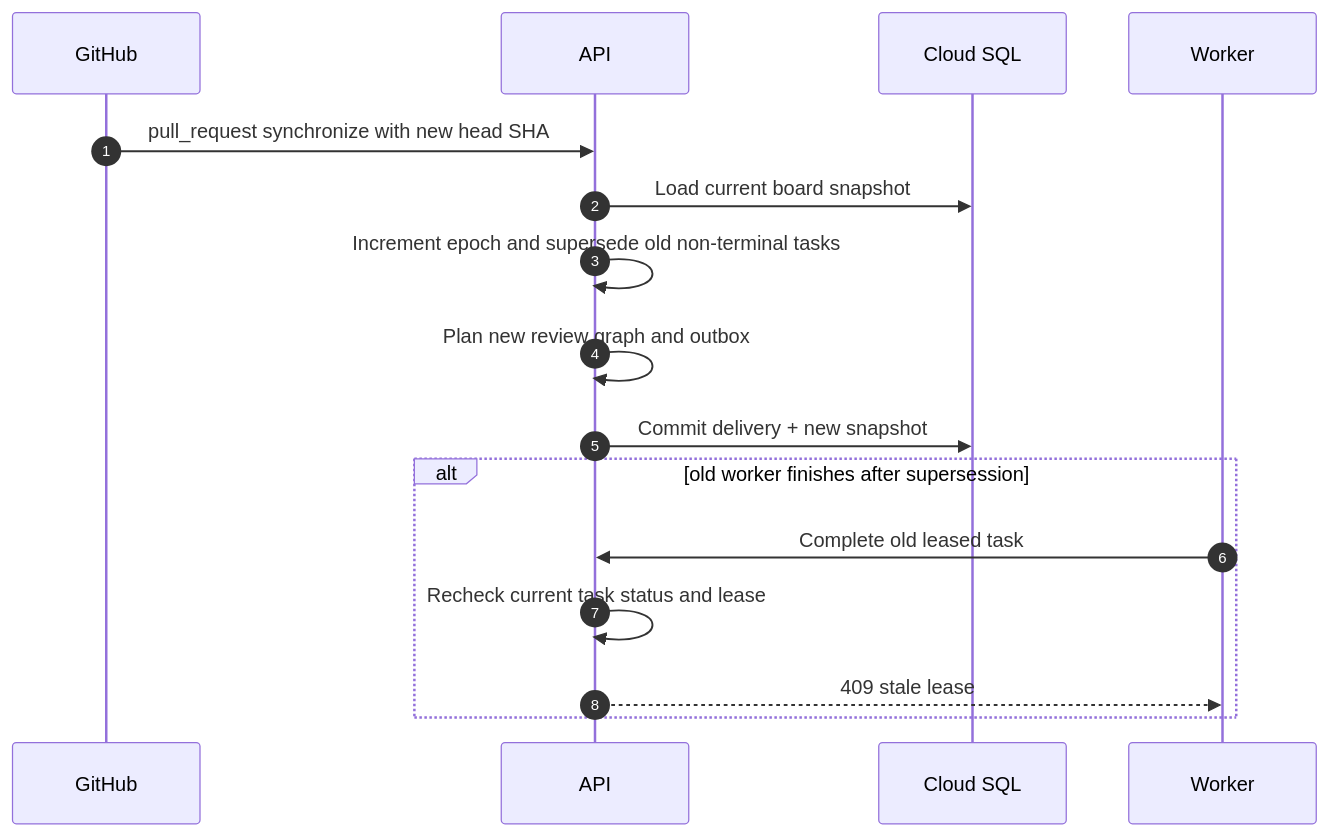
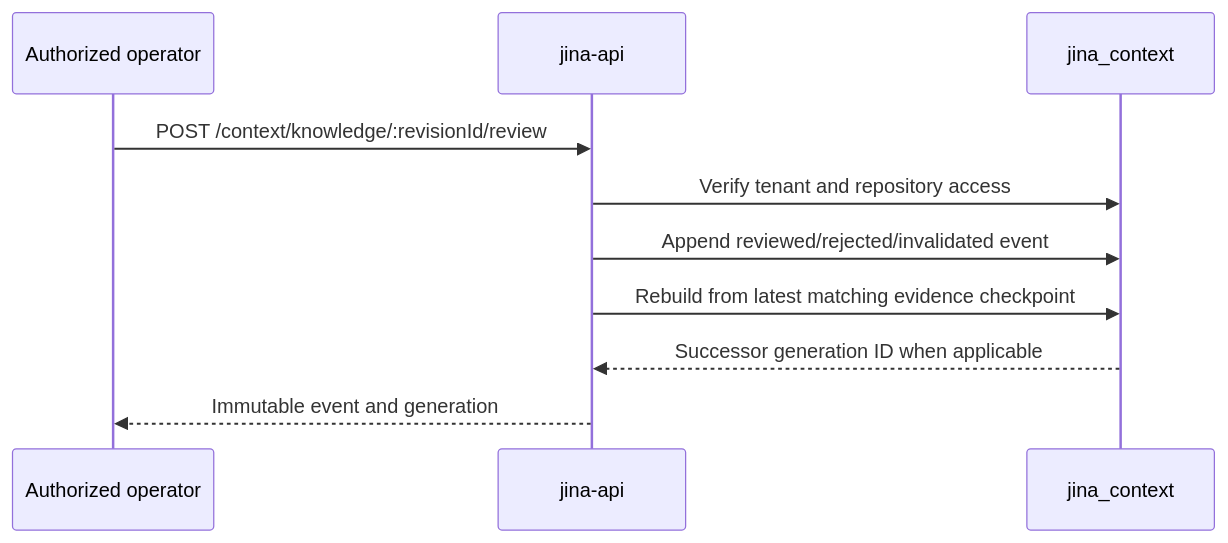
The seventh of 9 diagrams in docs/SEQUENCE_DIAGRAM.md (keon/jina-context-wiki-e2e-20260808), drawn with Mermaid before and after one commit. The commit also changed other lines of this file and 183 other files, not shown here.

Commit message:
Replace graph runtime with context engine

````diff
--- a/docs/SEQUENCE_DIAGRAM.md
+++ b/docs/SEQUENCE_DIAGRAM.md
@@ -166,19 +162,13 @@
 ```mermaid
 sequenceDiagram
-    autonumber
-    participant GitHub
-    participant API
-    participant DB as Cloud SQL
-    participant Worker
+    participant O as Authorized operator
+    participant API as jina-api
+    participant DB as jina_context
 
-    GitHub->>API: pull_request synchronize with new head SHA
-    API->>DB: Load current board snapshot
-    API->>API: Increment epoch and supersede old non-terminal tasks
-    API->>API: Plan new review graph and outbox
-    API->>DB: Commit delivery + new snapshot
-    alt old worker finishes after supersession
-        Worker->>API: Complete old leased task
-        API->>API: Recheck current task status and lease
-        API-->>Worker: 409 stale lease
-    end
+    O->>API: POST /context/knowledge/:revisionId/review
+    API->>DB: Verify tenant and repository access
+    API->>DB: Append reviewed/rejected/invalidated event
+    API->>DB: Rebuild from latest matching evidence checkpoint
+    DB-->>API: Successor generation ID when applicable
+    API-->>O: Immutable event and generation
 ```
````
